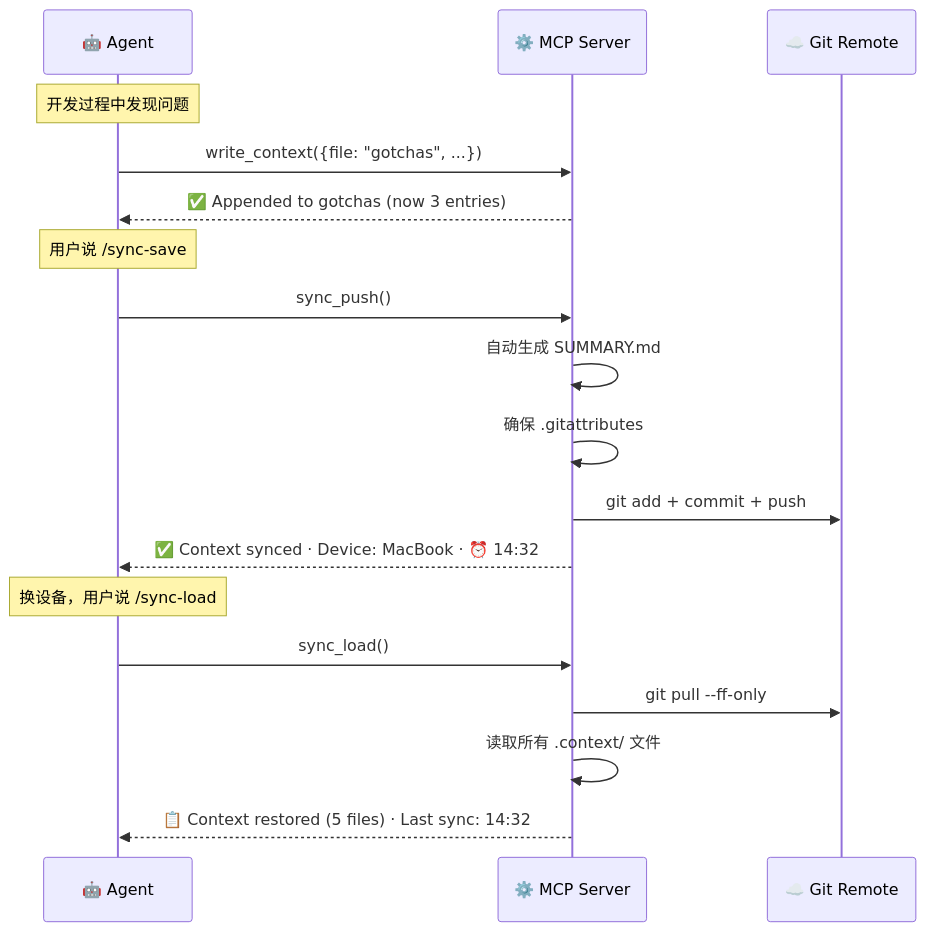
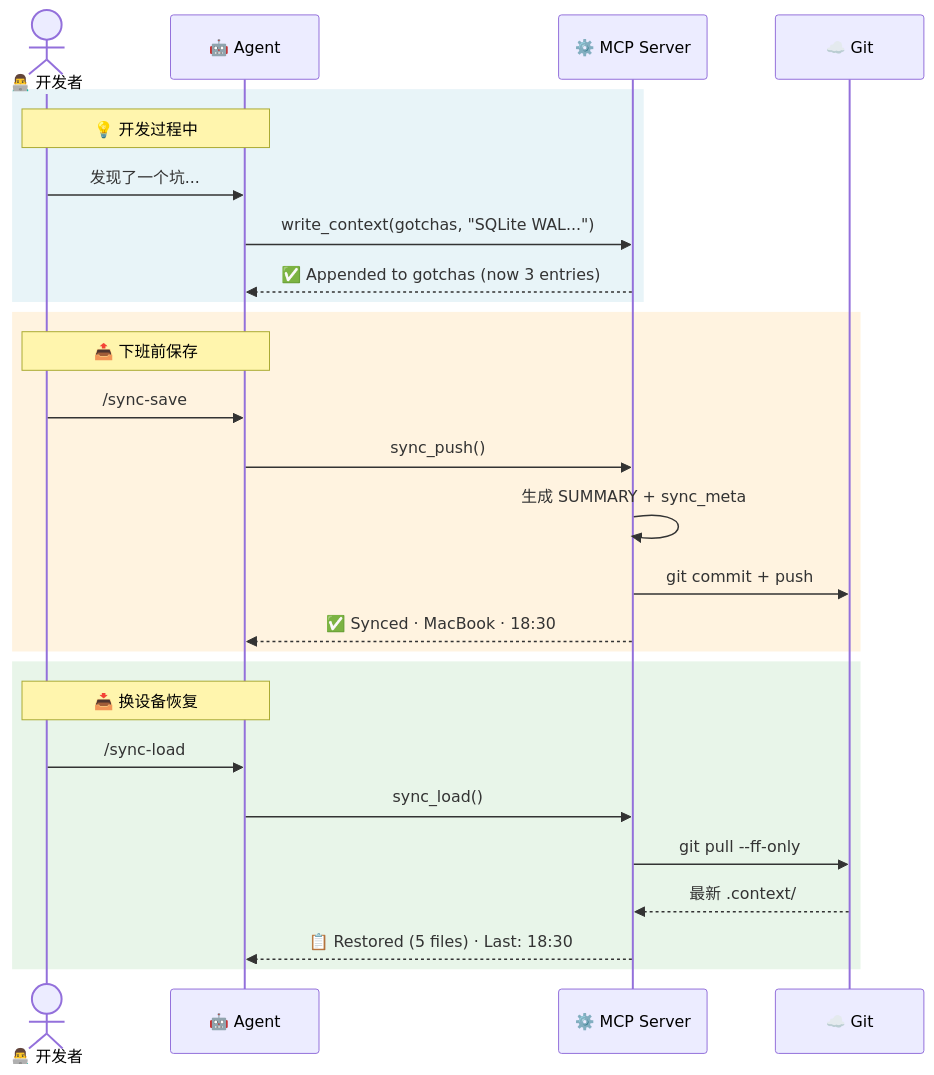
One commit to 1EchA/context-sync-mcp changed the second of 2 diagrams in README.md. Above: the diagram before and after it, drawn with Mermaid. The commit also changed other lines of this file, not shown here.

Commit message:
style: redesign architecture & data flow diagrams for better aesthetics

````diff
--- a/README.md
+++ b/README.md
@@ -100,23 +94,32 @@
 ```mermaid
 sequenceDiagram
+    actor Dev as 👨‍💻 开发者
     participant A as 🤖 Agent
     participant M as ⚙️ MCP Server
-    participant G as ☁️ Git Remote
+    participant G as ☁️ Git
 
-    Note over A: 开发过程中发现问题
-    A->>M: write_context({file: "gotchas", ...})
-    M-->>A: ✅ Appended to gotchas (now 3 entries)
+    rect rgb(232, 244, 248)
+        Note over Dev,A: 💡 开发过程中
+        Dev ->> A: 发现了一个坑...
+        A ->> M: write_context(gotchas, "SQLite WAL...")
+        M -->> A: ✅ Appended to gotchas (now 3 entries)
+    end
 
-    Note over A: 用户说 /sync-save
-    A->>M: sync_push()
-    M->>M: 自动生成 SUMMARY.md
-    M->>M: 确保 .gitattributes
-    M->>G: git add + commit + push
-    M-->>A: ✅ Context synced · Device: MacBook · ⏰ 14:32
+    rect rgb(255, 243, 224)
+        Note over Dev,A: 📤 下班前保存
+        Dev ->> A: /sync-save
+        A ->> M: sync_push()
+        M ->> M: 生成 SUMMARY + sync_meta
+        M ->> G: git commit + push
+        M -->> A: ✅ Synced · MacBook · 18:30
+    end
 
-    Note over A: 换设备，用户说 /sync-load
-    A->>M: sync_load()
-    M->>G: git pull --ff-only
-    M->>M: 读取所有 .context/ 文件
-    M-->>A: 📋 Context restored (5 files) · Last sync: 14:32
+    rect rgb(232, 245, 233)
+        Note over Dev,A: 📥 换设备恢复
+        Dev ->> A: /sync-load
+        A ->> M: sync_load()
+        M ->> G: git pull --ff-only
+        G -->> M: 最新 .context/
+        M -->> A: 📋 Restored (5 files) · Last: 18:30
+    end
 ```
````
